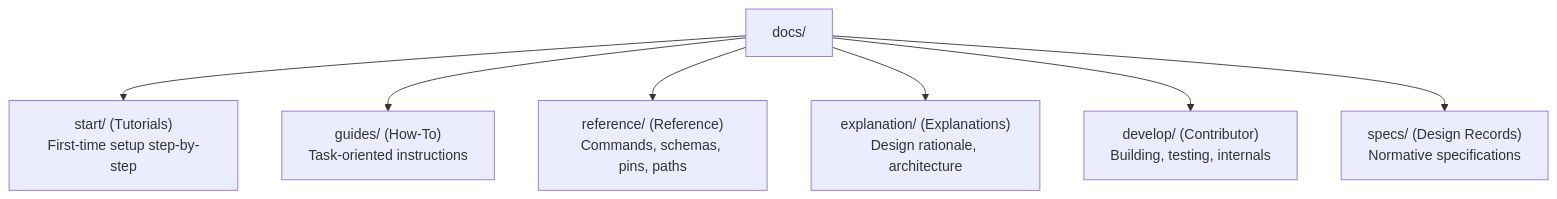
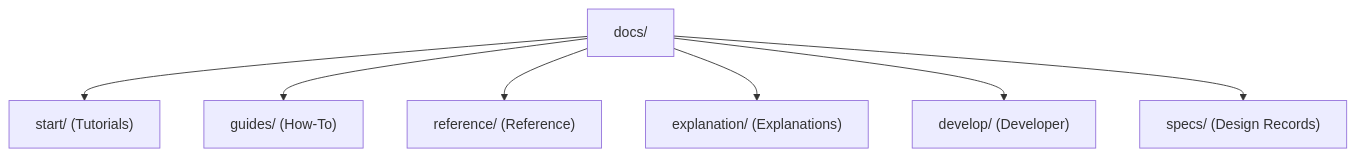
One commit to OPad-dev/OPad changed the diagram in docs/README.md. Above: the diagram before and after it, drawn with Mermaid. The commit also changed other lines of this file and 1 other file, not shown here.

````diff
--- a/docs/README.md
+++ b/docs/README.md
@@ -17,9 +14,9 @@
 ```mermaid
 flowchart TD
-    Docs["docs/"] --> Start["start/ (Tutorials)\nFirst-time setup step-by-step"]
-    Docs --> Guides["guides/ (How-To)\nTask-oriented instructions"]
-    Docs --> Ref["reference/ (Reference)\nCommands, schemas, pins, paths"]
-    Docs --> Expl["explanation/ (Explanations)\nDesign rationale, architecture"]
-    Docs --> Dev["develop/ (Contributor)\nBuilding, testing, internals"]
-    Docs --> Specs["specs/ (Design Records)\nNormative specifications"]
+    Docs["docs/"] --> Start["start/ (Tutorials)"]
+    Docs --> Guides["guides/ (How-To)"]
+    Docs --> Ref["reference/ (Reference)"]
+    Docs --> Expl["explanation/ (Explanations)"]
+    Docs --> Dev["develop/ (Developer)"]
+    Docs --> Specs["specs/ (Design Records)"]
 ```
````
